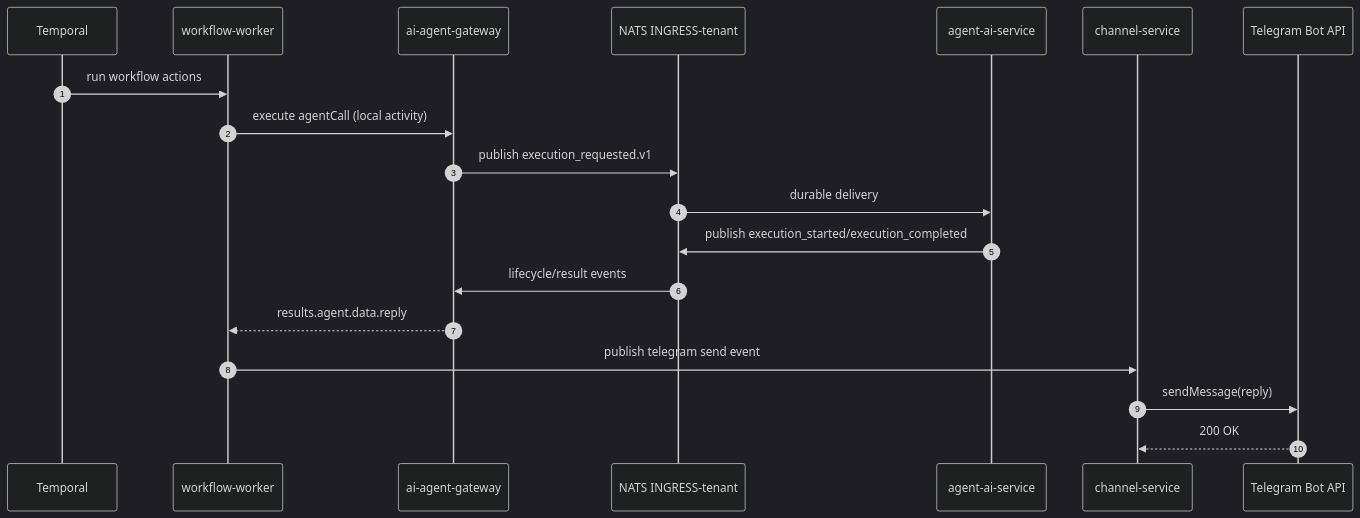
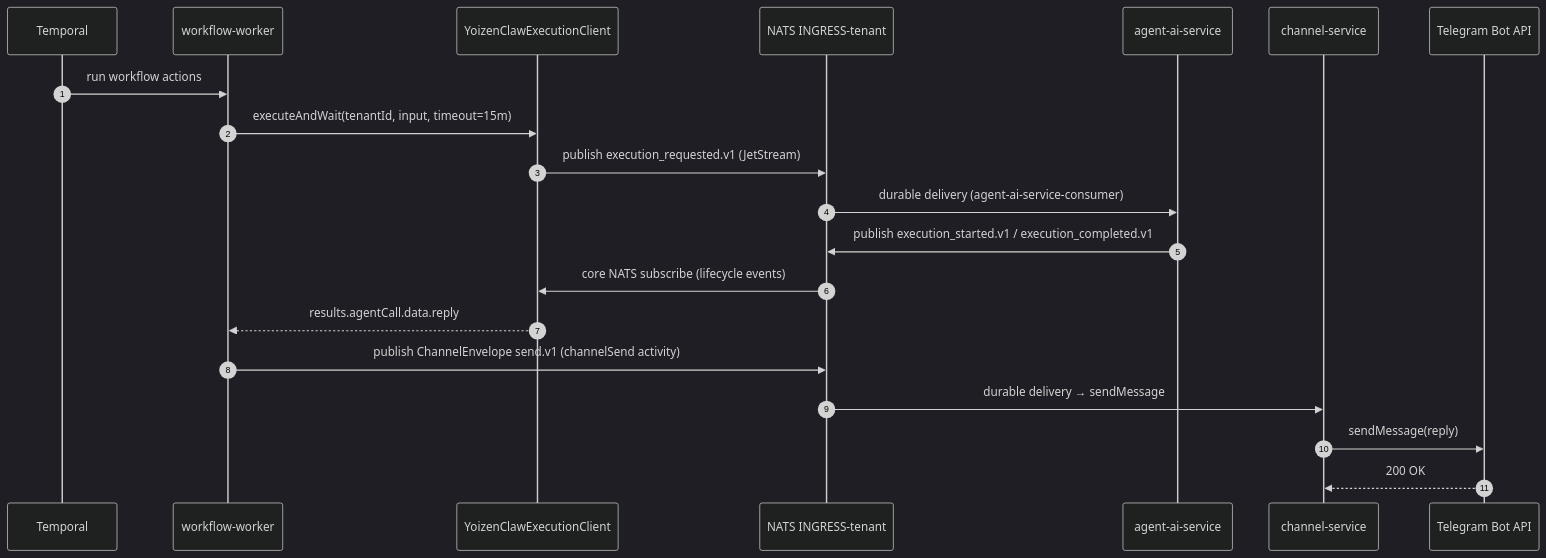
The fourth of 4 diagrams in DOCS/08-WORKFLOW-TELEGRAM-SEQUENCE.md (ccarnero/colloqui), drawn with Mermaid (dark theme) before and after one commit. The commit also changed other lines of this file and 857 other files, not shown here.

````diff
--- a/DOCS/08-WORKFLOW-TELEGRAM-SEQUENCE.md
+++ b/DOCS/08-WORKFLOW-TELEGRAM-SEQUENCE.md
@@ -80,22 +90,23 @@
 ```mermaid
 sequenceDiagram
     autonumber
     participant TEMP as Temporal
     participant WFW as workflow-worker
-    participant YZG as ai-agent-gateway
+    participant YEC as YoizenClawExecutionClient
     participant NATS as NATS INGRESS-tenant
-    participant YZR as agent-ai-service
+    participant AAS as agent-ai-service
     participant CH as channel-service
     participant TGA as Telegram Bot API
 
     TEMP->>WFW: run workflow actions
-    WFW->>YZG: execute agentCall (local activity)
-    YZG->>NATS: publish execution_requested.v1
-    NATS->>YZR: durable delivery
-    YZR->>NATS: publish execution_started/execution_completed
-    NATS->>YZG: lifecycle/result events
-    YZG-->>WFW: results.agent.data.reply
-    WFW->>CH: publish telegram send event
+    WFW->>YEC: executeAndWait(tenantId, input, timeout=15m)
+    YEC->>NATS: publish execution_requested.v1 (JetStream)
+    NATS->>AAS: durable delivery (agent-ai-service-consumer)
+    AAS->>NATS: publish execution_started.v1 / execution_completed.v1
+    NATS->>YEC: core NATS subscribe (lifecycle events)
+    YEC-->>WFW: results.agentCall.data.reply
+    WFW->>NATS: publish ChannelEnvelope send.v1 (channelSend activity)
+    NATS->>CH: durable delivery → sendMessage
     CH->>TGA: sendMessage(reply)
     TGA-->>CH: 200 OK
 ```
````
